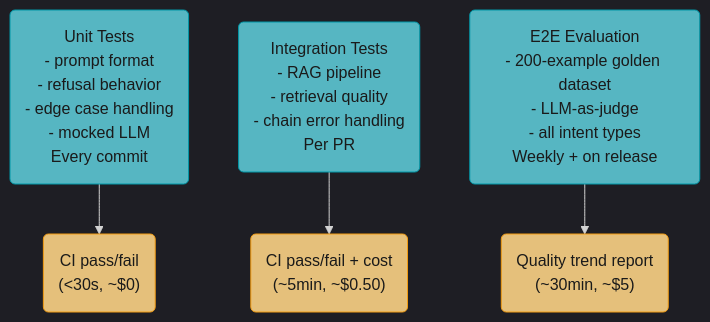
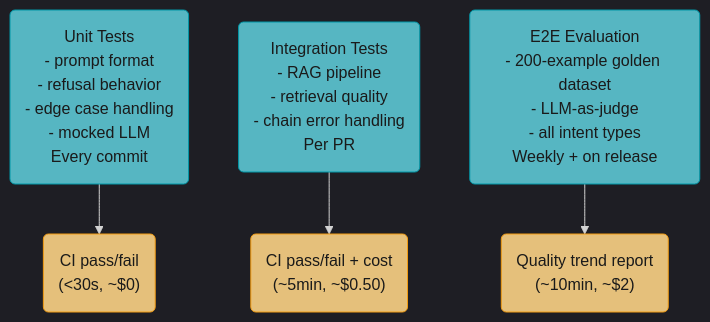
The second of 2 diagrams in src/main/java/com/rutik/systemdesign/llm/llm_testing_strategies/README.md (rppol/system-design), drawn with Mermaid before and after one commit. The commit also changed other lines of this file and 18 other files, not shown here.

````diff
--- a/src/main/java/com/rutik/systemdesign/llm/llm_testing_strategies/README.md
+++ b/src/main/java/com/rutik/systemdesign/llm/llm_testing_strategies/README.md
@@ -968,20 +978,20 @@
 ```mermaid
 %%{init: {'flowchart': {'curve': 'basis'}, 'theme': 'dark'}}%%
 flowchart TD
     classDef req  fill:#56b6c2,stroke:#0097a7,color:#1a1a1a
     classDef base fill:#e5c07b,stroke:#f39c12,color:#1a1a1a
 
     UNIT("Unit Tests<br/>- prompt format<br/>- refusal behavior<br/>- edge case handling<br/>- mocked LLM<br/>Every commit")
     UNITRES("CI pass/fail<br/>(&lt;30s, ~$0)")
     INTEG("Integration Tests<br/>- RAG pipeline<br/>- retrieval quality<br/>- chain error handling<br/>Per PR")
     INTEGRES("CI pass/fail + cost<br/>(~5min, ~$0.50)")
     E2E("E2E Evaluation<br/>- 200-example golden dataset<br/>- LLM-as-judge<br/>- all intent types<br/>Weekly + on release")
-    E2ERES("Quality trend report<br/>(~30min, ~$5)")
+    E2ERES("Quality trend report<br/>(~10min, ~$2)")
 
     UNIT --> UNITRES
     INTEG --> INTEGRES
     E2E --> E2ERES
 
     class UNIT,INTEG,E2E req
     class UNITRES,INTEGRES,E2ERES base
 ```
````
